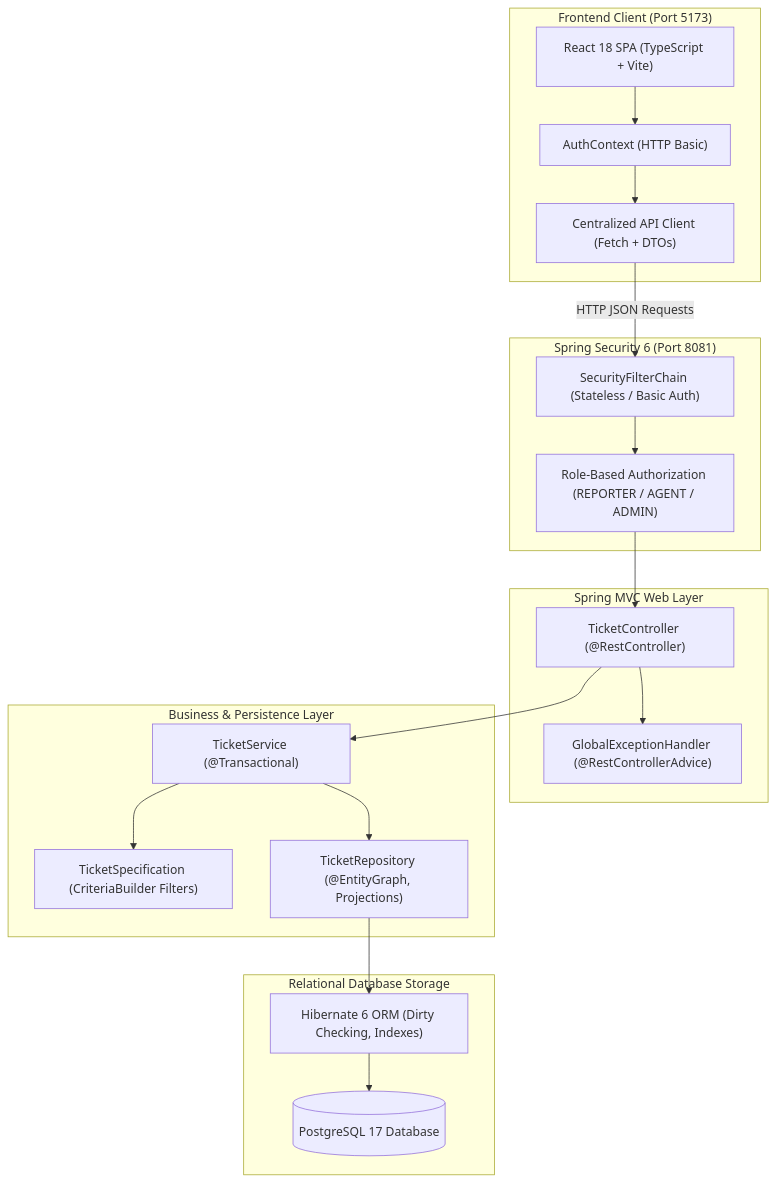
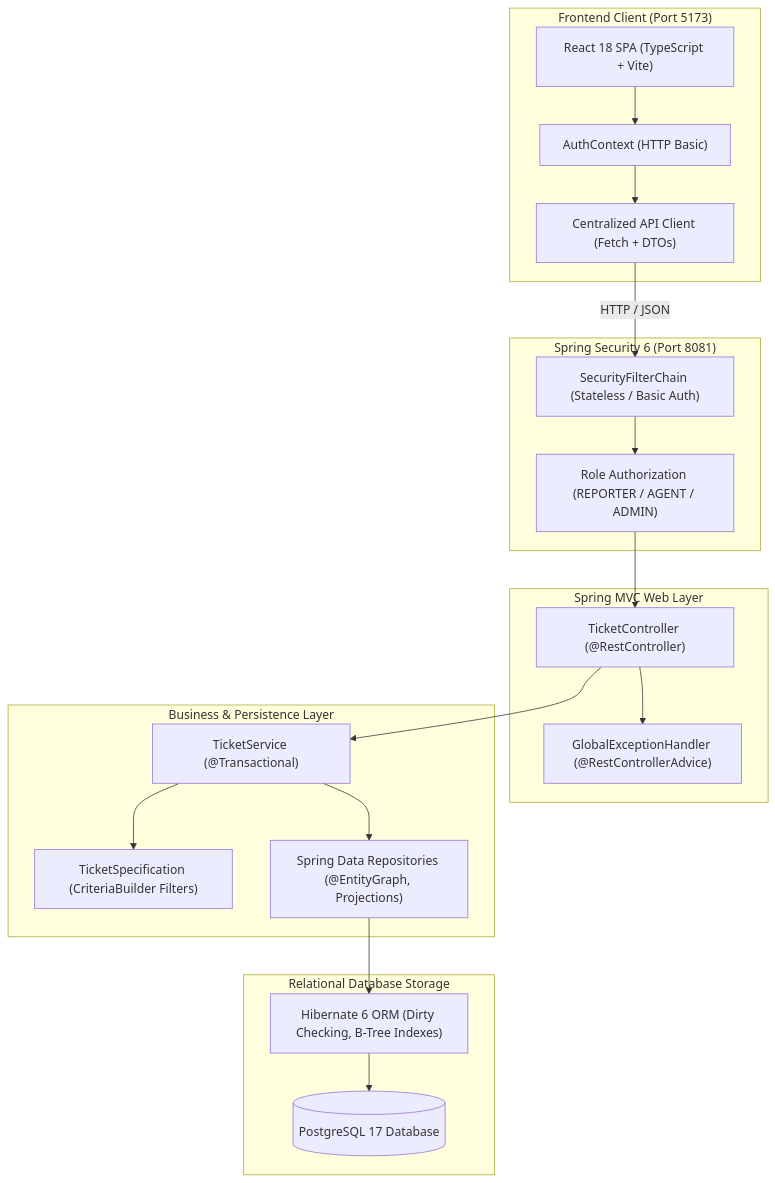
The diagram in README.md (ayesha19765/ResolveHub), drawn with Mermaid before and after one commit. The commit also changed other lines of this file and 2 other files, not shown here.

````diff
--- a/README.md
+++ b/README.md
@@ -43,41 +47,41 @@
 ```mermaid
 flowchart TD
     subgraph ClientLayer["Frontend Client (Port 5173)"]
         Browser["React 18 SPA (TypeScript + Vite)"]
         AuthContext["AuthContext (HTTP Basic)"]
         APIClient["Centralized API Client (Fetch + DTOs)"]
     end
 
     subgraph SecurityLayer["Spring Security 6 (Port 8081)"]
         FilterChain["SecurityFilterChain (Stateless / Basic Auth)"]
-        RBAC["Role-Based Authorization (REPORTER / AGENT / ADMIN)"]
+        RBAC["Role Authorization (REPORTER / AGENT / ADMIN)"]
     end
 
     subgraph WebLayer["Spring MVC Web Layer"]
         Controller["TicketController (@RestController)"]
         GlobalException["GlobalExceptionHandler (@RestControllerAdvice)"]
     end
 
     subgraph ServiceLayer["Business & Persistence Layer"]
         Service["TicketService (@Transactional)"]
         Specs["TicketSpecification (CriteriaBuilder Filters)"]
-        Repo["TicketRepository (@EntityGraph, Projections)"]
+        Repo["Spring Data Repositories (@EntityGraph, Projections)"]
     end
 
     subgraph DatabaseLayer["Relational Database Storage"]
-        Hibernate["Hibernate 6 ORM (Dirty Checking, Indexes)"]
+        Hibernate["Hibernate 6 ORM (Dirty Checking, B-Tree Indexes)"]
         PostgreSQL[("PostgreSQL 17 Database")]
     end
 
     Browser --> AuthContext
     AuthContext --> APIClient
-    APIClient -->|HTTP JSON Requests| FilterChain
+    APIClient -->|HTTP / JSON| FilterChain
     FilterChain --> RBAC
     RBAC --> Controller
     Controller --> GlobalException
     Controller --> Service
     Service --> Specs
     Service --> Repo
     Repo --> Hibernate
     Hibernate --> PostgreSQL
 ```
````
